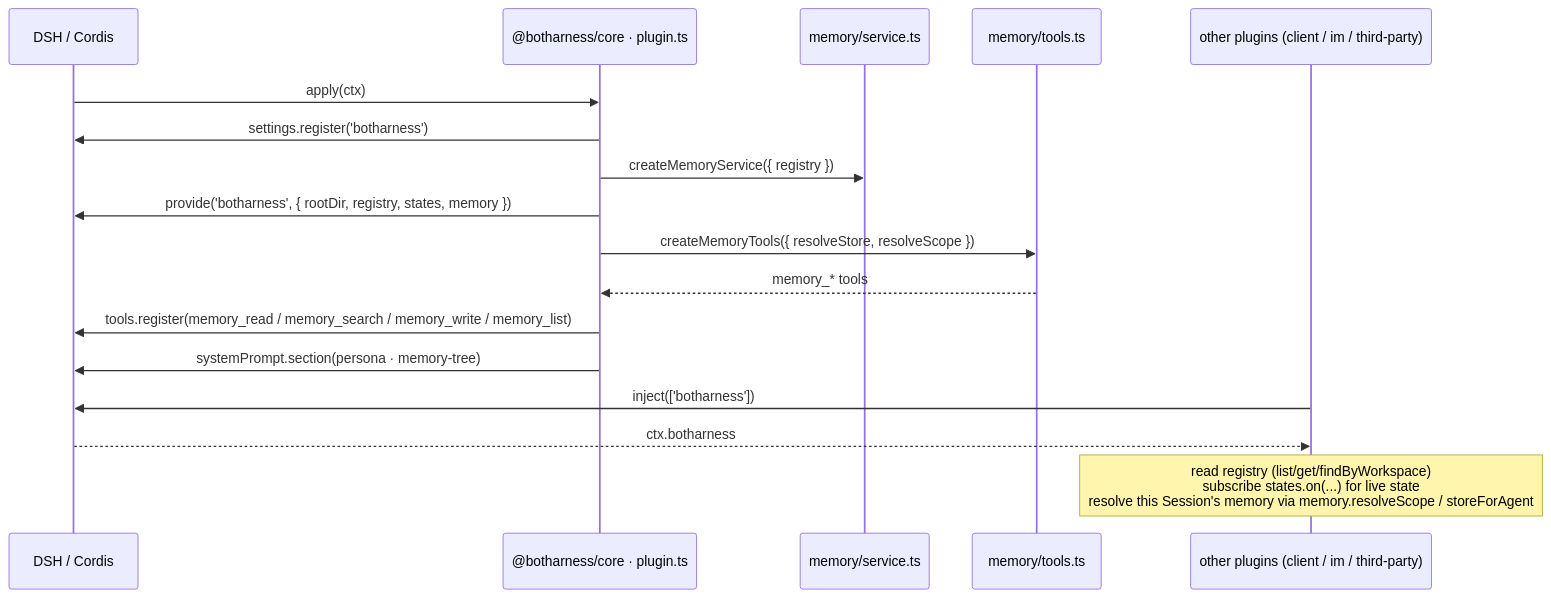
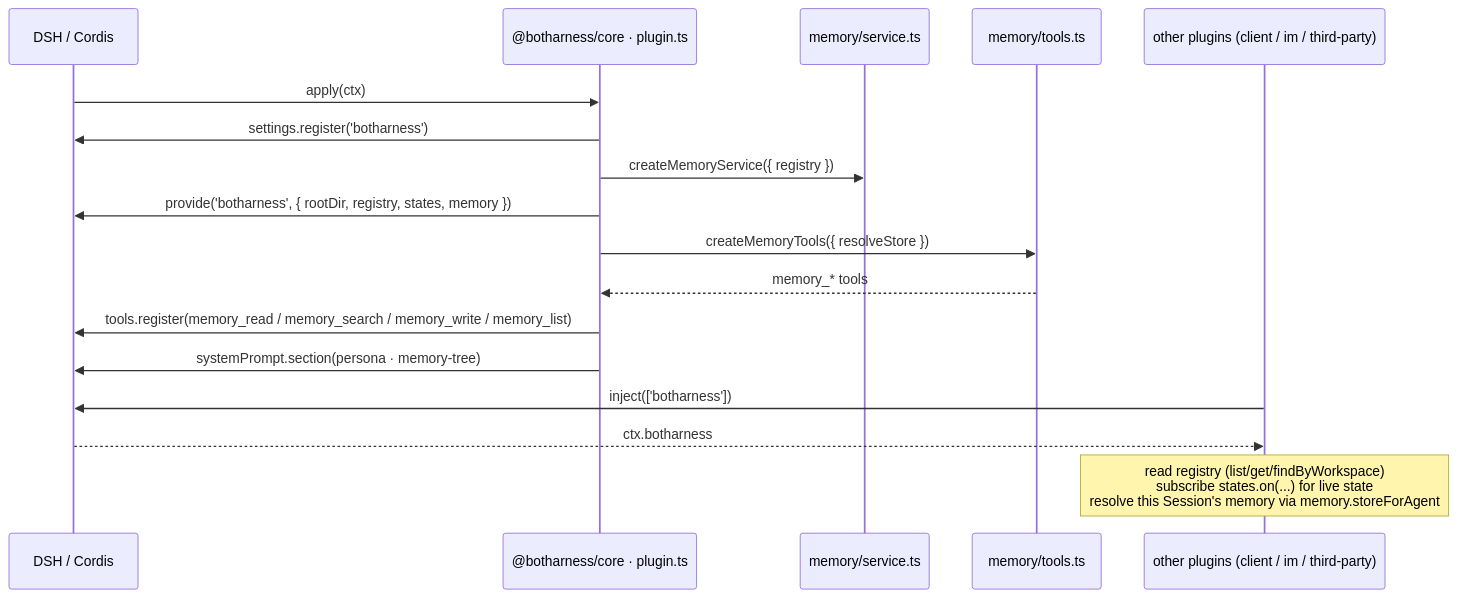
The diagram in docs/architecture/diagrams/en/03-boot.mmd (BotHarness/BotHarness), drawn with Mermaid before and after one commit. The commit also changed 44 other files, not shown here.

First line of the commit message:
refactor(core): drop memory visibility and scope — sharing is an export-time decision

```diff
--- a/docs/architecture/diagrams/en/03-boot.mmd
+++ b/docs/architecture/diagrams/en/03-boot.mmd
@@ -1,18 +1,18 @@
 sequenceDiagram
   participant D as DSH / Cordis
   participant P as @botharness/core · plugin.ts
   participant M as memory/service.ts
   participant T as memory/tools.ts
   participant O as other plugins (client / im / third-party)
 
   D->>P: apply(ctx)
   P->>D: settings.register('botharness')
   P->>M: createMemoryService({ registry })
   P->>D: provide('botharness', { rootDir, registry, states, memory })
-  P->>T: createMemoryTools({ resolveStore, resolveScope })
+  P->>T: createMemoryTools({ resolveStore })
   T-->>P: memory_* tools
   P->>D: tools.register(memory_read / memory_search / memory_write / memory_list)
   P->>D: systemPrompt.section(persona · memory-tree)
   O->>D: inject(['botharness'])
   D-->>O: ctx.botharness
-  Note over O: read registry (list/get/findByWorkspace)<br/>subscribe states.on(...) for live state<br/>resolve this Session's memory via memory.resolveScope / storeForAgent
+  Note over O: read registry (list/get/findByWorkspace)<br/>subscribe states.on(...) for live state<br/>resolve this Session's memory via memory.storeForAgent
```
